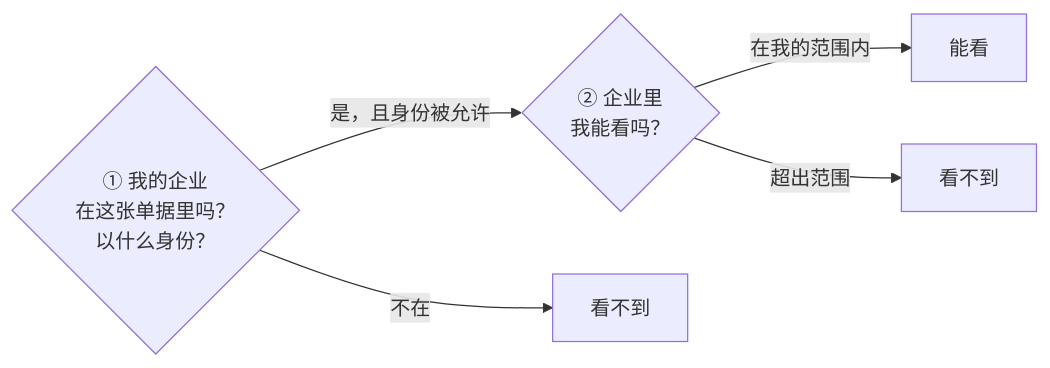
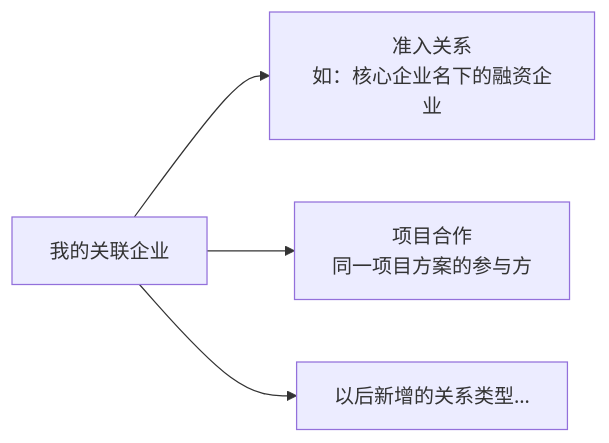
Before and after one commit to duuu233/project-hub: the second of 6 diagrams in private/qianrong_权限系统产品设计与数据权限过滤全景方案.md, drawn with Mermaid. The commit also changed other lines of this file and 1 other file, not shown here.

````diff
--- a/private/qianrong_权限系统产品设计与数据权限过滤全景方案.md
+++ b/private/qianrong_权限系统产品设计与数据权限过滤全景方案.md
@@ -13,7 +63,6 @@
 ```mermaid
 flowchart LR
-    Q1{"① 我的企业<br/>在这张单据里吗？<br/>以什么身份？"} -->|"是，且身份被允许"| Q2{"② 企业里<br/>我能看吗？"}
-    Q1 -->|"不在"| N1["看不到"]
-    Q2 -->|"在我的范围内"| Y["能看"]
-    Q2 -->|"超出范围"| N2["看不到"]
+    V["我的关联企业"] --> S1["准入关系<br/>如：核心企业名下的融资企业"]
+    V --> S2["项目合作<br/>同一项目方案的参与方"]
+    V --> S3["以后新增的关系类型…"]
 ```
````
